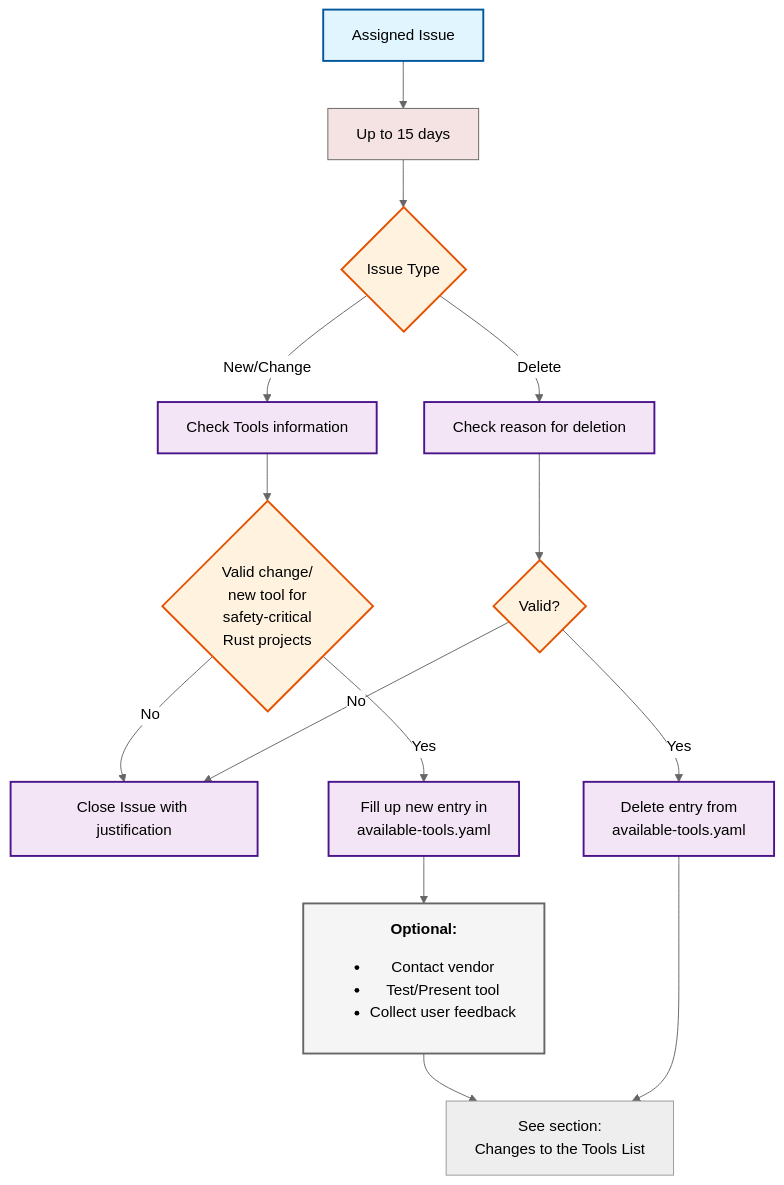
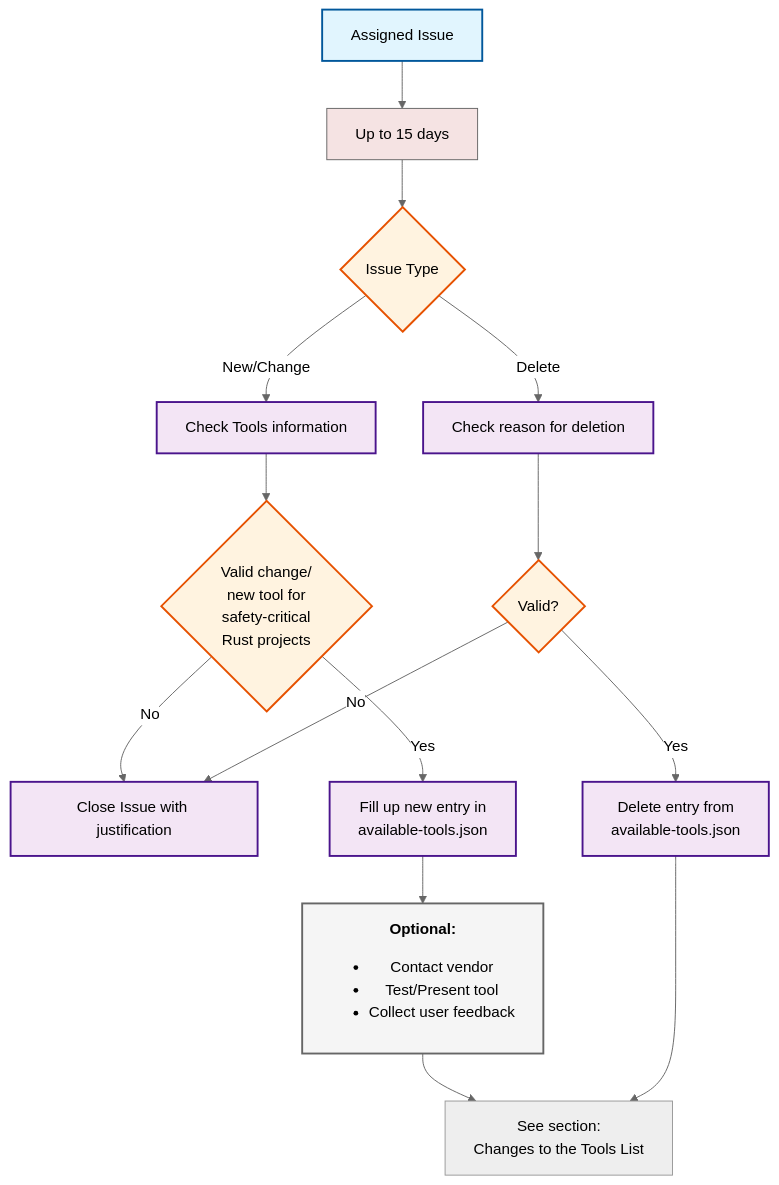
The second of 3 diagrams in arewesafetycriticalyet.org/docs/tooling/rfc-tools-review.md (rustfoundation/safety-critical-rust-consortium), drawn with Mermaid (neutral theme) before and after one commit. The commit also changed other lines of this file and 15 other files, not shown here.

````diff
--- a/arewesafetycriticalyet.org/docs/tooling/rfc-tools-review.md
+++ b/arewesafetycriticalyet.org/docs/tooling/rfc-tools-review.md
@@ -61,36 +61,36 @@
 ```mermaid
 flowchart TD
     %% Review New Issues Phase
     B0[Assigned Issue] --> B1[Up to 15 days]
     B1 --> B2{Issue Type}
     B2 --> |New/Change| B4[Check Tools information]
     B2 --> |Delete| B3[Check reason for deletion]
     
     %% New/Change Path
     B4 --> B5{Valid change/<br/>new tool for<br/>safety-critical<br/>Rust projects}
     B5 --> |No| B6[Close Issue with justification]
-    B5 --> |Yes| B7[Fill up new entry in<br/>available-tools.yaml]
+    B5 --> |Yes| B7[Fill up new entry in<br/>available-tools.json]
     B7 --> B8[<strong>Optional:</strong><br/><ul><li>Contact vendor</li><li>Test/Present tool</li><li>Collect user feedback</li></ul>]
     
     %% Delete Path
     B3 --> B12{Valid?}
     B12 --> |No| B6
-    B12 --> |Yes| B13[Delete entry from<br/>available-tools.yaml]
+    B12 --> |Yes| B13[Delete entry from<br/>available-tools.json]
 
     %% PR
     B8 --> B14[See section:<br/>Changes to the Tools List]
     B13 --> B14
 
     %% Styling
     classDef actor fill:#e1f5fe,stroke:#01579b,stroke-width:2px
     classDef process fill:#f3e5f5,stroke:#4a148c,stroke-width:2px
     classDef decision fill:#fff3e0,stroke:#e65100,stroke-width:2px
     classDef optional fill:#f5f5f5,stroke:#666666,stroke-width:2px
     classDef time fill:#f5e3e3,stroke:#666666,stroke-width:1px
     
     class B0 actor
     class B8 optional
     class B2,B5,B12 decision
     class B3,B4,B6,B7,B13 process
     class B1 time
 ```
````
